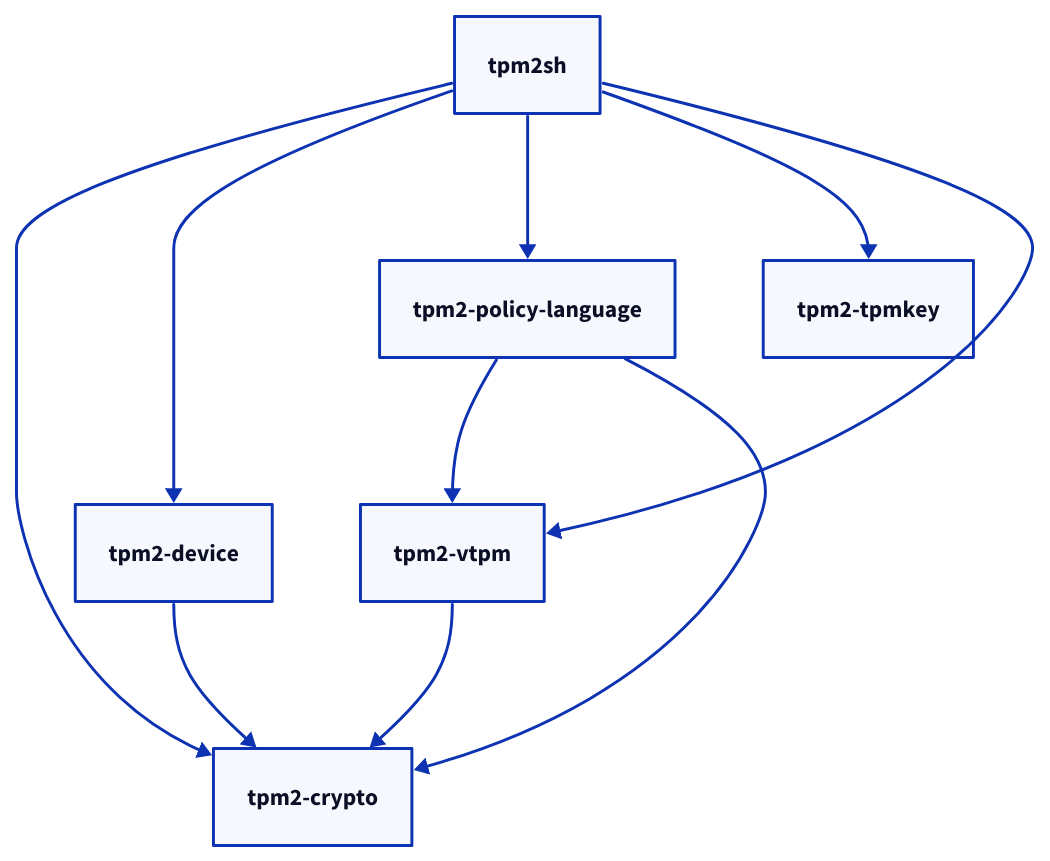
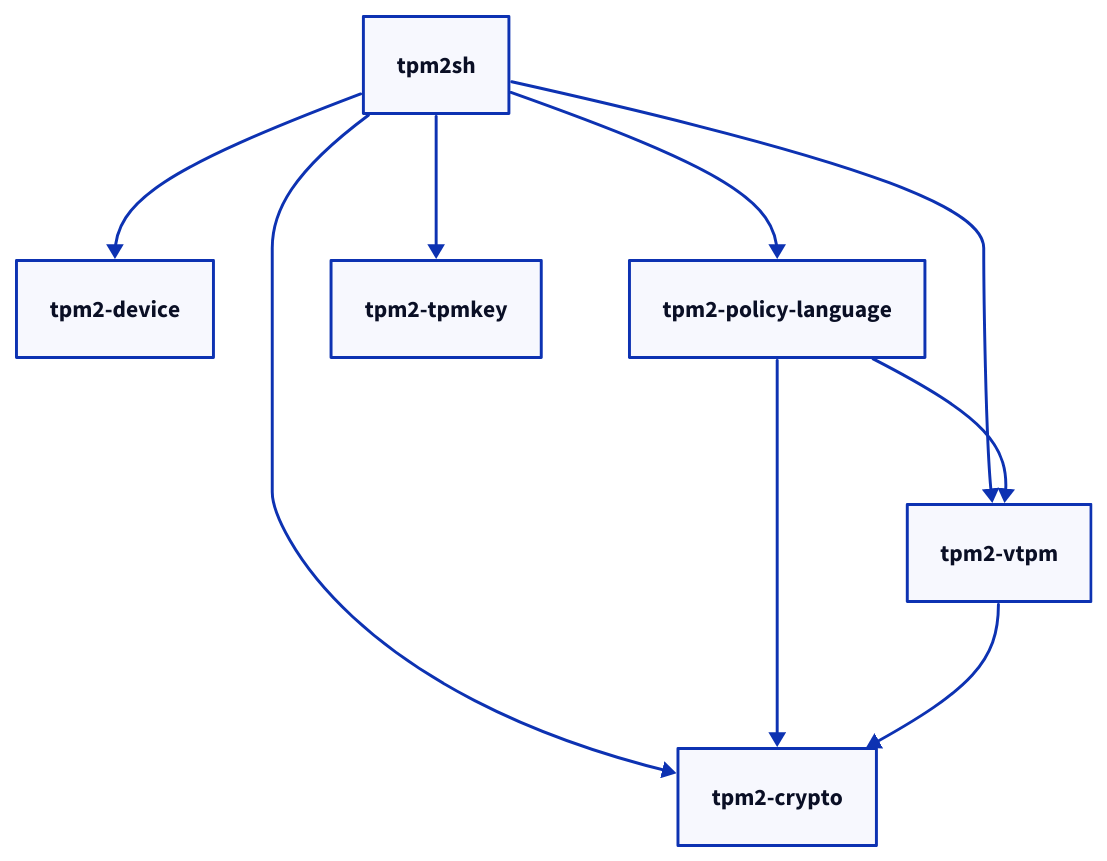
One commit to FlorianZ/tpm2-library changed the diagram in doc/dependency-graph.d2. Above: the diagram before and after it, drawn with D2. The commit also changed 4 other files, not shown here.

Commit message:
build: tpm2-device version to 0.3.0

```diff
--- a/doc/dependency-graph.d2
+++ b/doc/dependency-graph.d2
@@ -1,11 +1,10 @@
 tpm2sh -> tpm2-crypto
 tpm2sh -> tpm2-device
 tpm2sh -> tpm2-policy-language
 tpm2sh -> tpm2-tpmkey
 tpm2sh -> tpm2-vtpm
 
 tpm2-policy-language -> tpm2-vtpm
 tpm2-policy-language -> tpm2-crypto
 
-tpm2-device -> tpm2-crypto
 tpm2-vtpm -> tpm2-crypto
```
